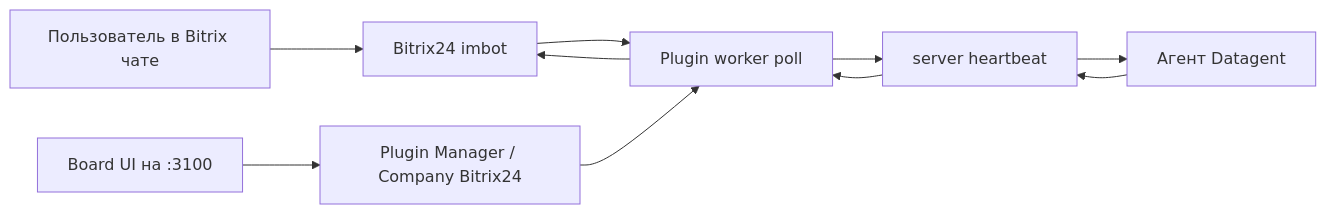
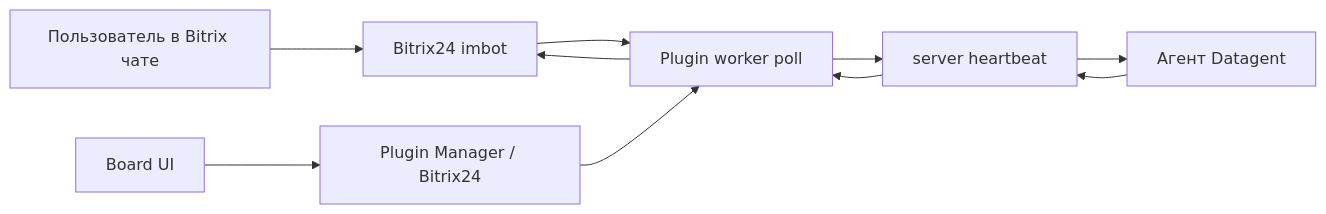
The diagram in docs/integrations/bitrix24.md (Dmitriion/datagent-docs), drawn with Mermaid before and after one commit. The commit also changed other lines of this file and 52 other files, not shown here.

````diff
--- a/docs/integrations/bitrix24.md
+++ b/docs/integrations/bitrix24.md
@@ -12,12 +113,12 @@
 ```mermaid
 flowchart LR
   User[Пользователь в Bitrix чате] --> B24[Bitrix24 imbot]
   B24 --> Poll[Plugin worker poll]
   Poll --> Srv[server heartbeat]
   Srv --> Agent[Агент Datagent]
   Agent --> Srv
   Srv --> Poll
   Poll --> B24
-  Board[Board UI на :3100] --> PM[Plugin Manager / Company Bitrix24]
+  Board[Board UI] --> PM[Plugin Manager / Bitrix24]
   PM --> Poll
 ```
````
